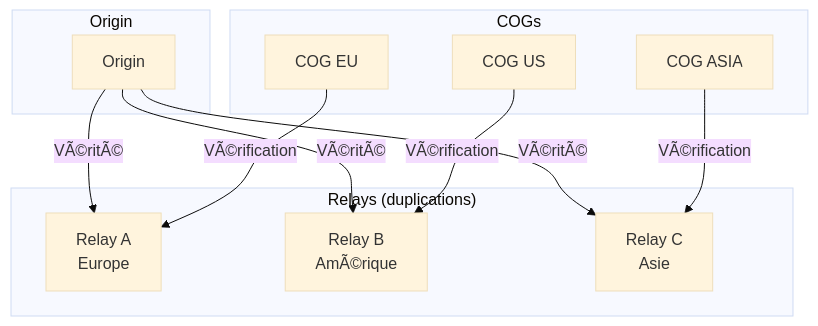
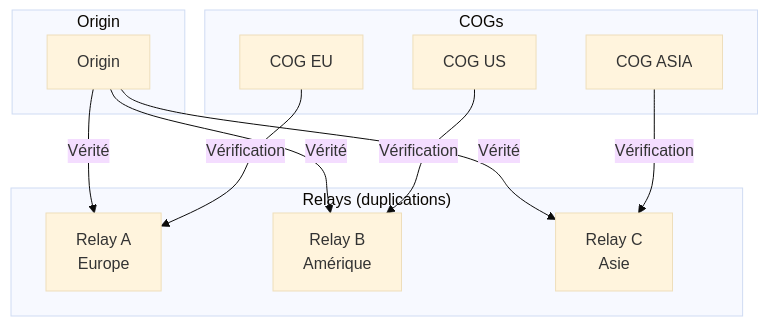
The first of 2 diagrams in docs/miyukini-webway-system/acteurs/MWS - Relays.md (StudioMiyukini/miyukini_cog), drawn with Mermaid (base theme) before and after one commit. The commit also changed other lines of this file and 564 other files, not shown here.

````diff
--- a/docs/miyukini-webway-system/acteurs/MWS - Relays.md
+++ b/docs/miyukini-webway-system/acteurs/MWS - Relays.md
@@ -28,26 +28,26 @@
 ```mermaid
 flowchart TB
     subgraph Origin["Origin"]
         O[Origin]
     end
 
     subgraph Relays["Relays (duplications)"]
         R1[Relay A<br>Europe]
-        R2[Relay B<br>AmÃ©rique]
+        R2[Relay B<br>Amérique]
         R3[Relay C<br>Asie]
     end
 
     subgraph COGs["COGs"]
         C1[COG EU]
         C2[COG US]
         C3[COG ASIA]
     end
 
-    O -->|VÃ©ritÃ©| R1
-    O -->|VÃ©ritÃ©| R2
-    O -->|VÃ©ritÃ©| R3
+    O -->|Vérité| R1
+    O -->|Vérité| R2
+    O -->|Vérité| R3
 
-    C1 -->|VÃ©rification| R1
-    C2 -->|VÃ©rification| R2
-    C3 -->|VÃ©rification| R3
+    C1 -->|Vérification| R1
+    C2 -->|Vérification| R2
+    C3 -->|Vérification| R3
 ```
````
